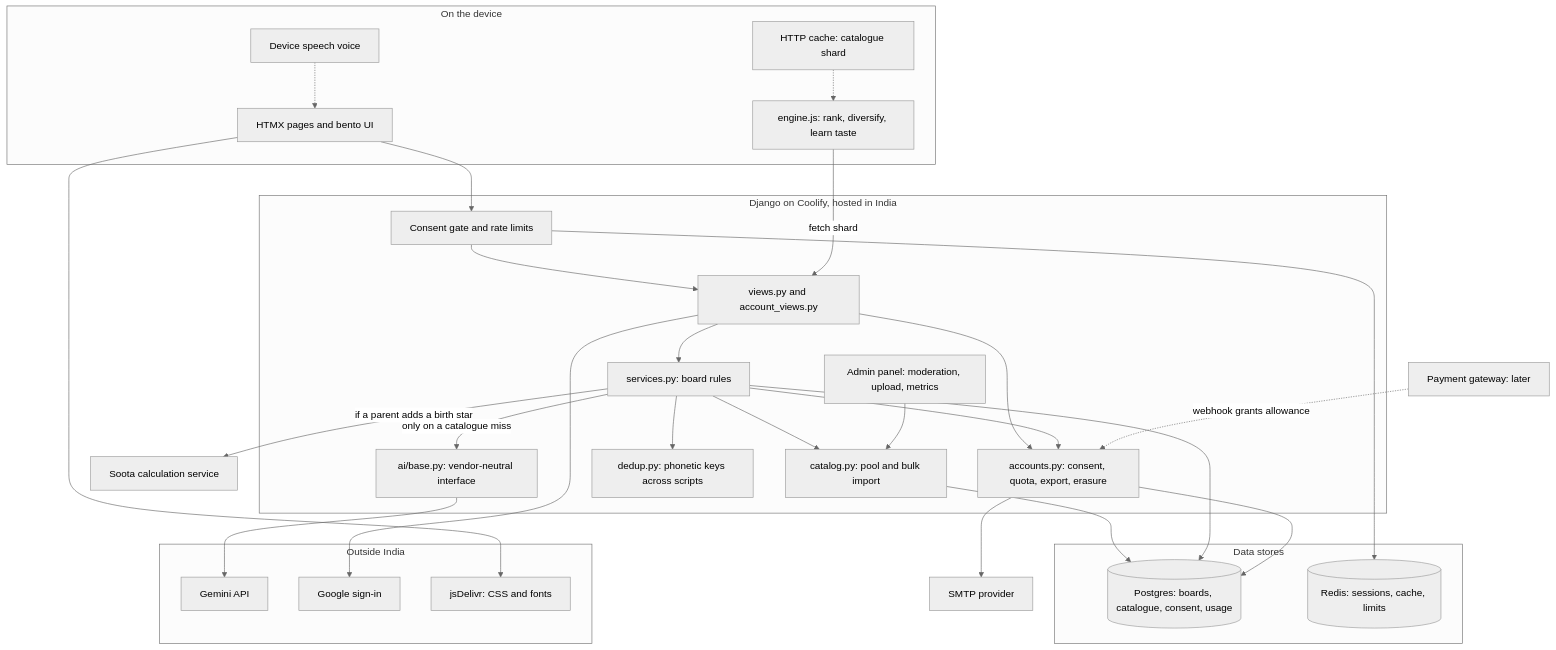
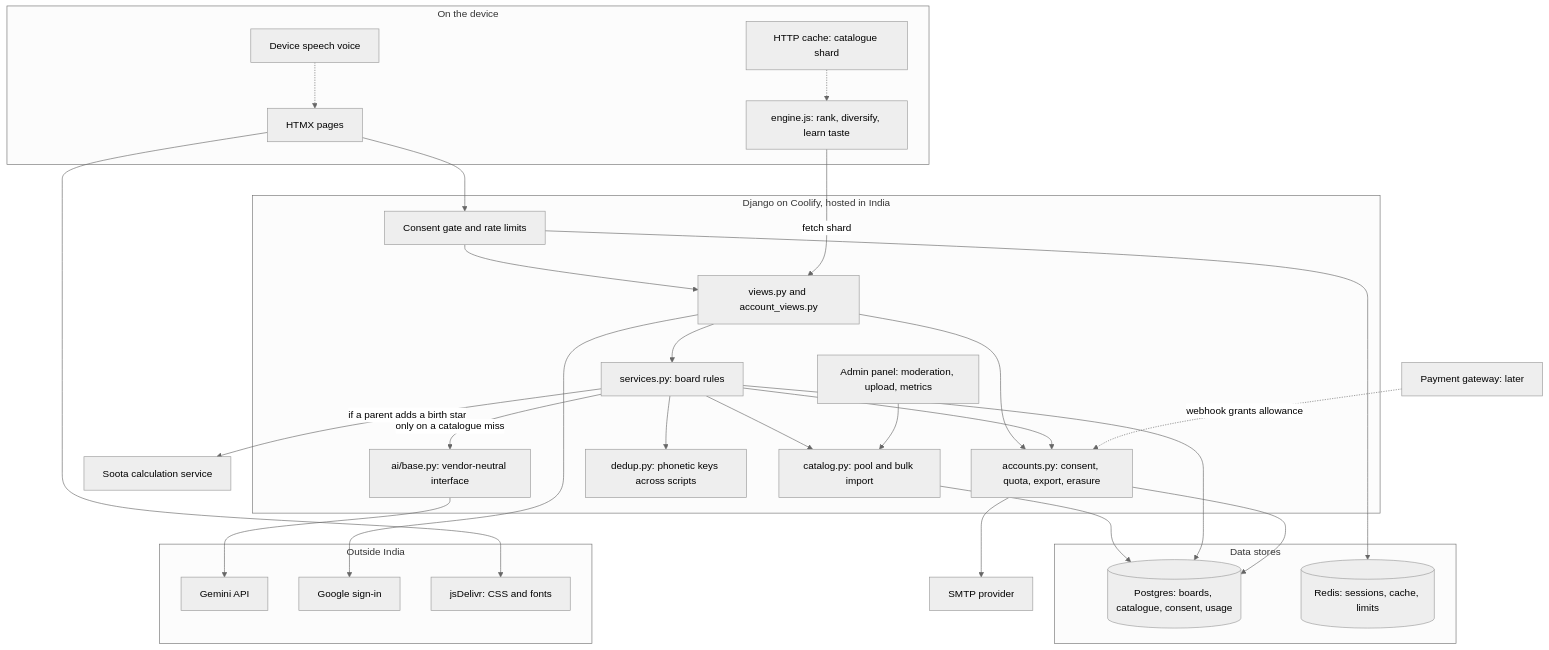
Before and after one commit to gilga98/name-catcher: the first of 3 diagrams in docs/ARCHITECTURE.md, drawn with Mermaid (neutral theme). The commit also changed other lines of this file and 34 other files, not shown here.

````diff
--- a/docs/ARCHITECTURE.md
+++ b/docs/ARCHITECTURE.md
@@ -5,51 +5,51 @@
 ```mermaid
 flowchart TB
   subgraph device["On the device"]
     engine["engine.js: rank, diversify, learn taste"]
     voice["Device speech voice"]
     cache["HTTP cache: catalogue shard"]
-    ui["HTMX pages and bento UI"]
+    ui["HTMX pages"]
   end
 
   subgraph server["Django on Coolify, hosted in India"]
     gate["Consent gate and rate limits"]
     views["views.py and account_views.py"]
     services["services.py: board rules"]
     catalog["catalog.py: pool and bulk import"]
     accounts["accounts.py: consent, quota, export, erasure"]
     dedup["dedup.py: phonetic keys across scripts"]
     admin["Admin panel: moderation, upload, metrics"]
     aiport["ai/base.py: vendor-neutral interface"]
   end
 
   subgraph data["Data stores"]
     pg[("Postgres: boards, catalogue, consent, usage")]
     redis[("Redis: sessions, cache, limits")]
   end
 
   subgraph external["Outside India"]
     gemini["Gemini API"]
     google["Google sign-in"]
     cdn["jsDelivr: CSS and fonts"]
   end
 
   smtp["SMTP provider"]
   soota["Soota calculation service"]
   later["Payment gateway: later"]
 
   ui --> gate --> views
   engine -- "fetch shard" --> views
   cache -.-> engine
   views --> services & accounts
   services --> catalog & dedup & accounts
   services -- "only on a catalogue miss" --> aiport --> gemini
   services -- "if a parent adds a birth star" --> soota
   admin --> catalog
   catalog & services & accounts --> pg
   gate --> redis
   views --> google
   accounts --> smtp
   ui --> cdn
   voice -.-> ui
   later -. "webhook grants allowance" .-> accounts
 ```
````
